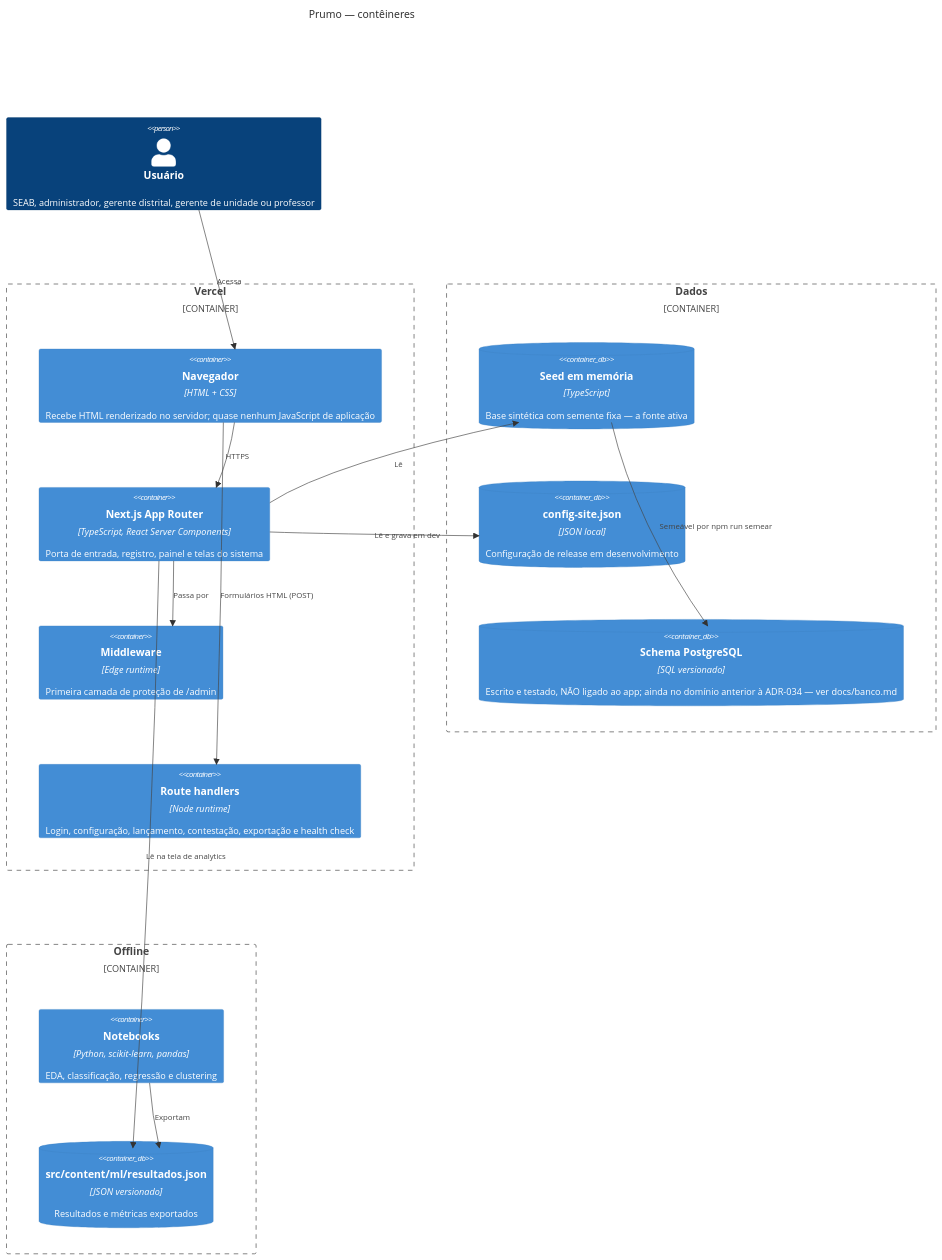
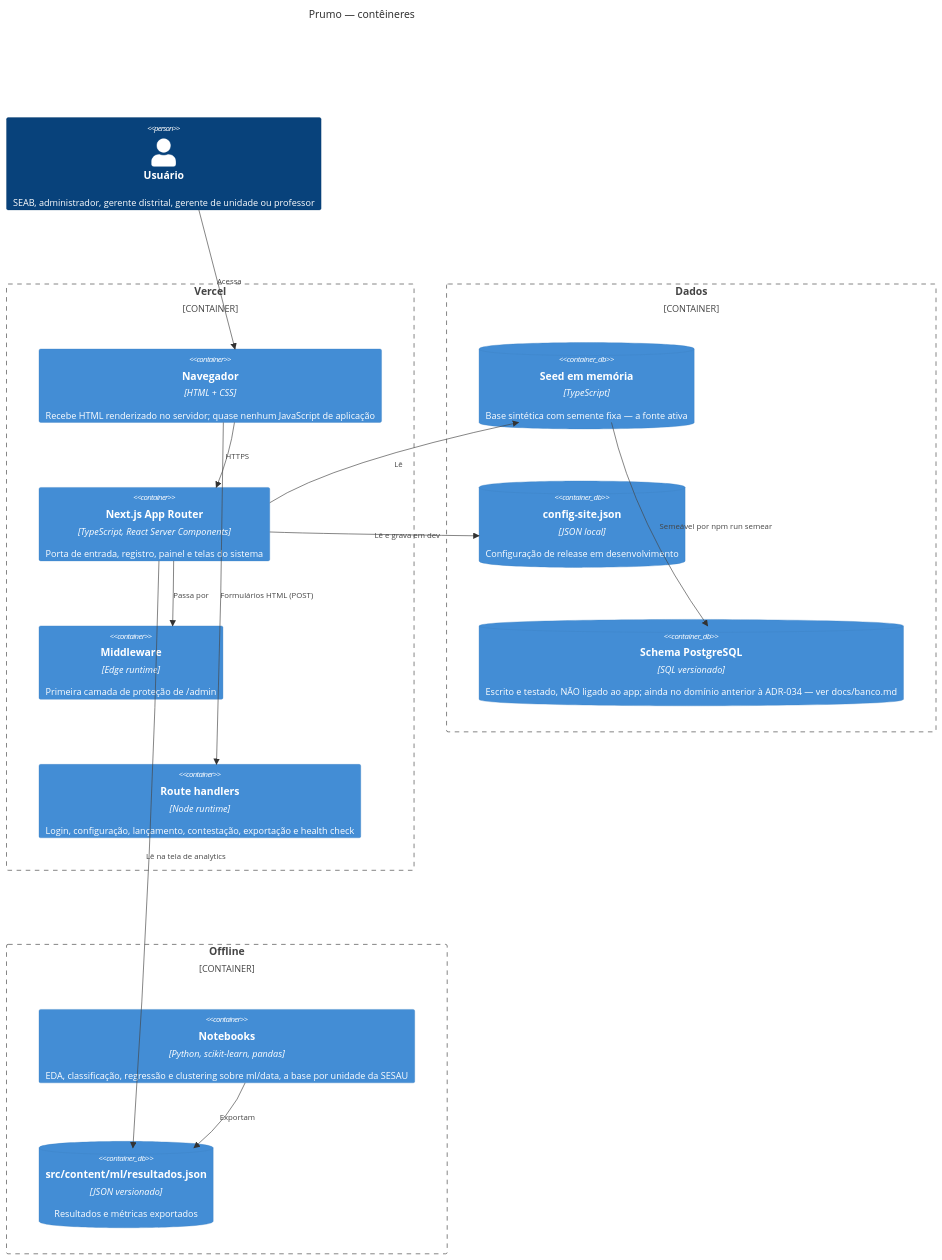
One commit to highgroundagency/projeto-6 changed the second of 5 diagrams in docs/arquitetura.md. Above: the diagram before and after it, drawn with Mermaid. The commit also changed other lines of this file and 13 other files, not shown here.

````diff
--- a/docs/arquitetura.md
+++ b/docs/arquitetura.md
@@ -268,33 +268,33 @@
 ```mermaid
 C4Container
   title Prumo — contêineres
   Person(usuario, "Usuário", "SEAB, administrador, gerente distrital, gerente de unidade ou professor")
 
   Container_Boundary(vercel, "Vercel") {
     Container(browser, "Navegador", "HTML + CSS", "Recebe HTML renderizado no servidor; quase nenhum JavaScript de aplicação")
     Container(app, "Next.js App Router", "TypeScript, React Server Components", "Porta de entrada, registro, painel e telas do sistema")
     Container(middleware, "Middleware", "Edge runtime", "Primeira camada de proteção de /admin")
     Container(rotas, "Route handlers", "Node runtime", "Login, configuração, lançamento, contestação, exportação e health check")
   }
 
   Container_Boundary(dados, "Dados") {
     ContainerDb(seed, "Seed em memória", "TypeScript", "Base sintética com semente fixa — a fonte ativa")
     ContainerDb(arquivo, "config-site.json", "JSON local", "Configuração de release em desenvolvimento")
     ContainerDb(schema, "Schema PostgreSQL", "SQL versionado", "Escrito e testado, NÃO ligado ao app; ainda no domínio anterior à ADR-034 — ver docs/banco.md")
   }
 
   Container_Boundary(offline, "Offline") {
-    Container(notebooks, "Notebooks", "Python, scikit-learn, pandas", "EDA, classificação, regressão e clustering")
+    Container(notebooks, "Notebooks", "Python, scikit-learn, pandas", "EDA, classificação, regressão e clustering sobre ml/data, a base por unidade da SESAU")
     ContainerDb(artefatos, "src/content/ml/resultados.json", "JSON versionado", "Resultados e métricas exportados")
   }
 
   Rel(usuario, browser, "Acessa")
   Rel(browser, app, "HTTPS")
   Rel(app, middleware, "Passa por")
   Rel(browser, rotas, "Formulários HTML (POST)")
   Rel(app, seed, "Lê")
   Rel(app, arquivo, "Lê e grava em dev")
   Rel(seed, schema, "Semeável por npm run semear")
   Rel(notebooks, artefatos, "Exportam")
   Rel(app, artefatos, "Lê na tela de analytics")
 ```
````
